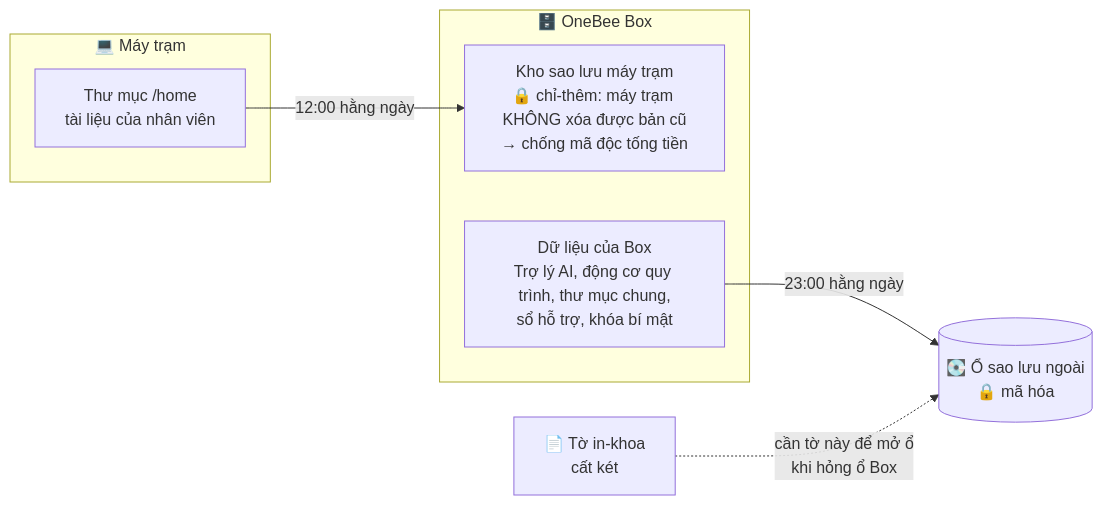
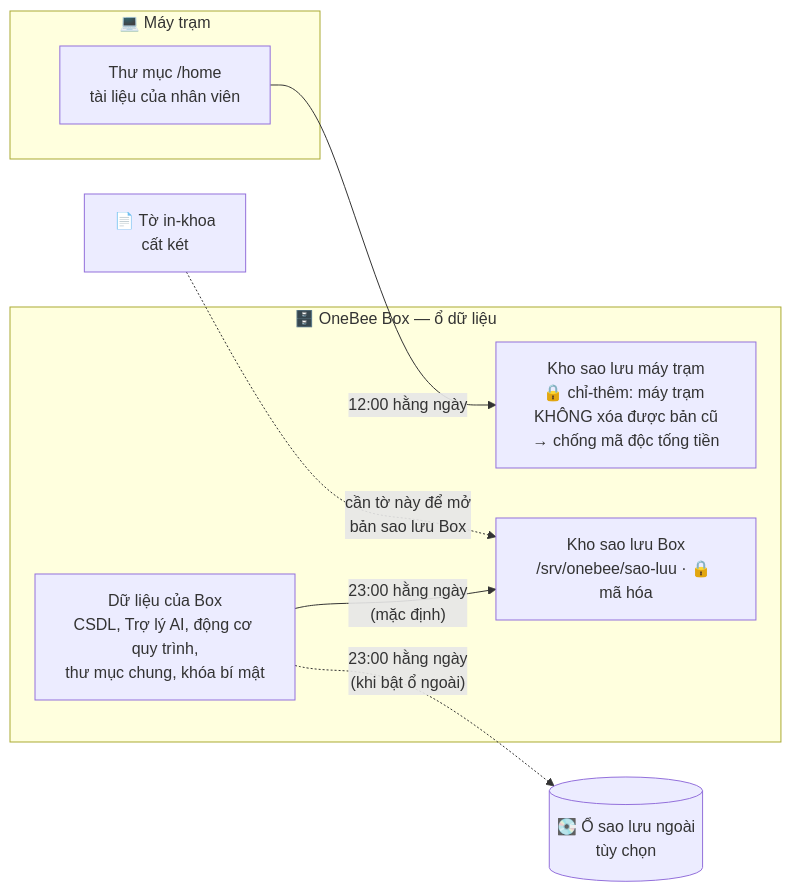
Before and after one commit to mthien07/da3-he-dieu-hanh-va-tu-dong-hoa-open-source: the third of 4 diagrams in docs/huong-dan/huong-dan-cai-dat-tu-a-den-z.md, drawn with Mermaid. The commit also changed other lines of this file and 54 other files, not shown here.

First line of the commit message:
2.1.0: phòng ban, máy trạm xin vào duyệt trên web, sao lưu vào ổ Box (#56)

````diff
--- a/docs/huong-dan/huong-dan-cai-dat-tu-a-den-z.md
+++ b/docs/huong-dan/huong-dan-cai-dat-tu-a-den-z.md
@@ -231,16 +232,18 @@
 ```mermaid
 flowchart LR
     subgraph M["💻 Máy trạm"]
         H["Thư mục /home<br/>tài liệu của nhân viên"]
     end
-    subgraph BX["🗄️ OneBee Box"]
+    subgraph BX["🗄️ OneBee Box — ổ dữ liệu"]
         K["Kho sao lưu máy trạm<br/>🔒 chỉ-thêm: máy trạm KHÔNG xóa được bản cũ<br/>→ chống mã độc tống tiền"]
-        D["Dữ liệu của Box<br/>Trợ lý AI, động cơ quy trình, thư mục chung,<br/>sổ hỗ trợ, khóa bí mật"]
+        D["Dữ liệu của Box<br/>CSDL, Trợ lý AI, động cơ quy trình,<br/>thư mục chung, khóa bí mật"]
+        S["Kho sao lưu Box<br/>/srv/onebee/sao-luu · 🔒 mã hóa"]
     end
-    O[("💽 Ổ sao lưu ngoài<br/>🔒 mã hóa")]
+    O[("💽 Ổ sao lưu ngoài<br/>tùy chọn")]
     G["📄 Tờ in-khoa<br/>cất két"]
 
     H -- "12:00 hằng ngày" --> K
-    D -- "23:00 hằng ngày" --> O
-    G -. "cần tờ này để mở ổ<br/>khi hỏng ổ Box" .-> O
+    D -- "23:00 hằng ngày<br/>(mặc định)" --> S
+    D -. "23:00 hằng ngày<br/>(khi bật ổ ngoài)" .-> O
+    G -. "cần tờ này để mở<br/>bản sao lưu Box" .-> S
 ```
````
